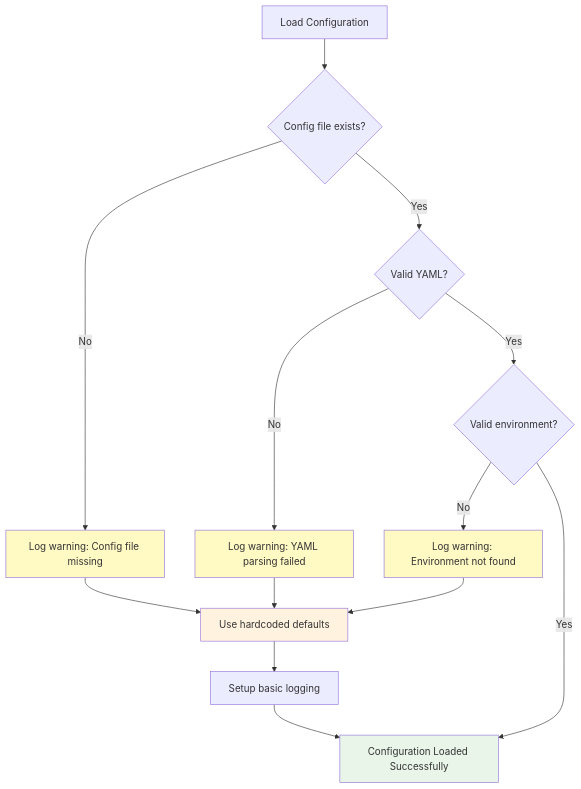
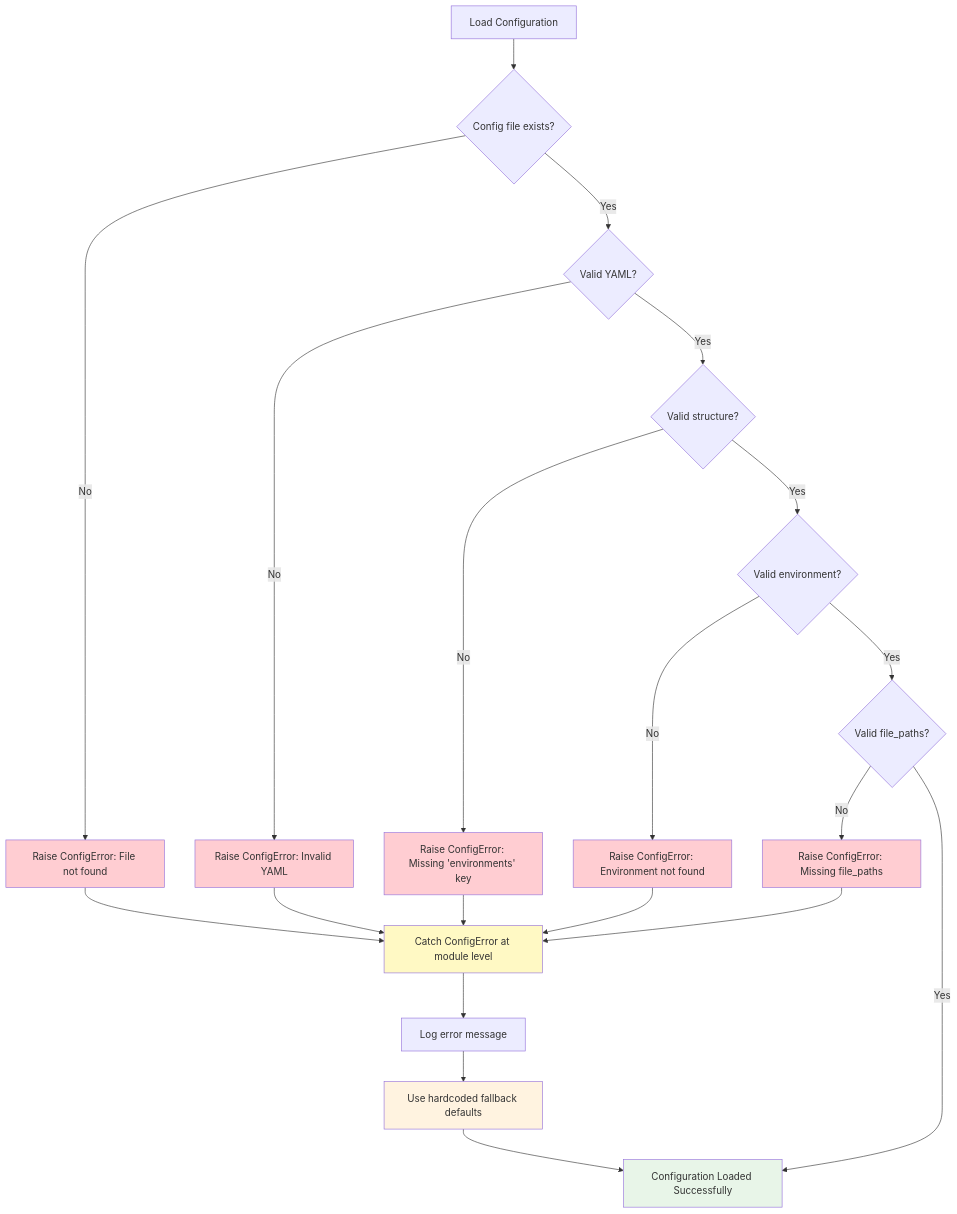
The fifth of 7 diagrams in doc/Architecture_Diagrams.md (DedeHa/TimeSheet), drawn with Mermaid before and after one commit. The commit also changed other lines of this file and 5 other files, not shown here.

````diff
--- a/doc/Architecture_Diagrams.md
+++ b/doc/Architecture_Diagrams.md
@@ -193,40 +191,58 @@
 ```mermaid
 flowchart TD
     LOAD[Load Configuration]
     
     FILE_EXISTS{Config file exists?}
     YAML_VALID{Valid YAML?}
+    STRUCT_VALID{Valid structure?}
     ENV_VALID{Valid environment?}
+    PATHS_VALID{Valid file_paths?}
     
     SUCCESS[Configuration Loaded Successfully]
     
-    WARN_MISSING[Log warning: Config file missing]
-    WARN_YAML[Log warning: YAML parsing failed]
-    WARN_ENV[Log warning: Environment not found]
+    ERR_MISSING[Raise ConfigError: File not found]
+    ERR_YAML[Raise ConfigError: Invalid YAML]
+    ERR_STRUCT[Raise ConfigError: Missing 'environments' key]
+    ERR_ENV[Raise ConfigError: Environment not found]
+    ERR_PATHS[Raise ConfigError: Missing file_paths]
     
-    FALLBACK[Use hardcoded defaults]
-    SETUP_BASIC_LOG[Setup basic logging]
+    CATCH[Catch ConfigError at module level]
+    FALLBACK[Use hardcoded fallback defaults]
+    LOG_ERROR[Log error message]
     
     LOAD --> FILE_EXISTS
     
-    FILE_EXISTS -->|No| WARN_MISSING
+    FILE_EXISTS -->|No| ERR_MISSING
     FILE_EXISTS -->|Yes| YAML_VALID
     
-    YAML_VALID -->|No| WARN_YAML
-    YAML_VALID -->|Yes| ENV_VALID
+    YAML_VALID -->|No| ERR_YAML
+    YAML_VALID -->|Yes| STRUCT_VALID
     
-    ENV_VALID -->|No| WARN_ENV
-    ENV_VALID -->|Yes| SUCCESS
+    STRUCT_VALID -->|No| ERR_STRUCT
+    STRUCT_VALID -->|Yes| ENV_VALID
     
-    WARN_MISSING --> FALLBACK
-    WARN_YAML --> FALLBACK
-    WARN_ENV --> FALLBACK
-    FALLBACK --> SETUP_BASIC_LOG
-    SETUP_BASIC_LOG --> SUCCESS
+    ENV_VALID -->|No| ERR_ENV
+    ENV_VALID -->|Yes| PATHS_VALID
+    
+    PATHS_VALID -->|No| ERR_PATHS
+    PATHS_VALID -->|Yes| SUCCESS
+    
+    ERR_MISSING --> CATCH
+    ERR_YAML --> CATCH
+    ERR_STRUCT --> CATCH
+    ERR_ENV --> CATCH
+    ERR_PATHS --> CATCH
+    
+    CATCH --> LOG_ERROR
+    LOG_ERROR --> FALLBACK
+    FALLBACK --> SUCCESS
     
     style SUCCESS fill:#e8f5e8
     style FALLBACK fill:#fff3e0
-    style WARN_MISSING fill:#fff9c4
-    style WARN_YAML fill:#fff9c4
-    style WARN_ENV fill:#fff9c4
+    style ERR_MISSING fill:#ffcdd2
+    style ERR_YAML fill:#ffcdd2
+    style ERR_STRUCT fill:#ffcdd2
+    style ERR_ENV fill:#ffcdd2
+    style ERR_PATHS fill:#ffcdd2
+    style CATCH fill:#fff9c4
 ```
````
